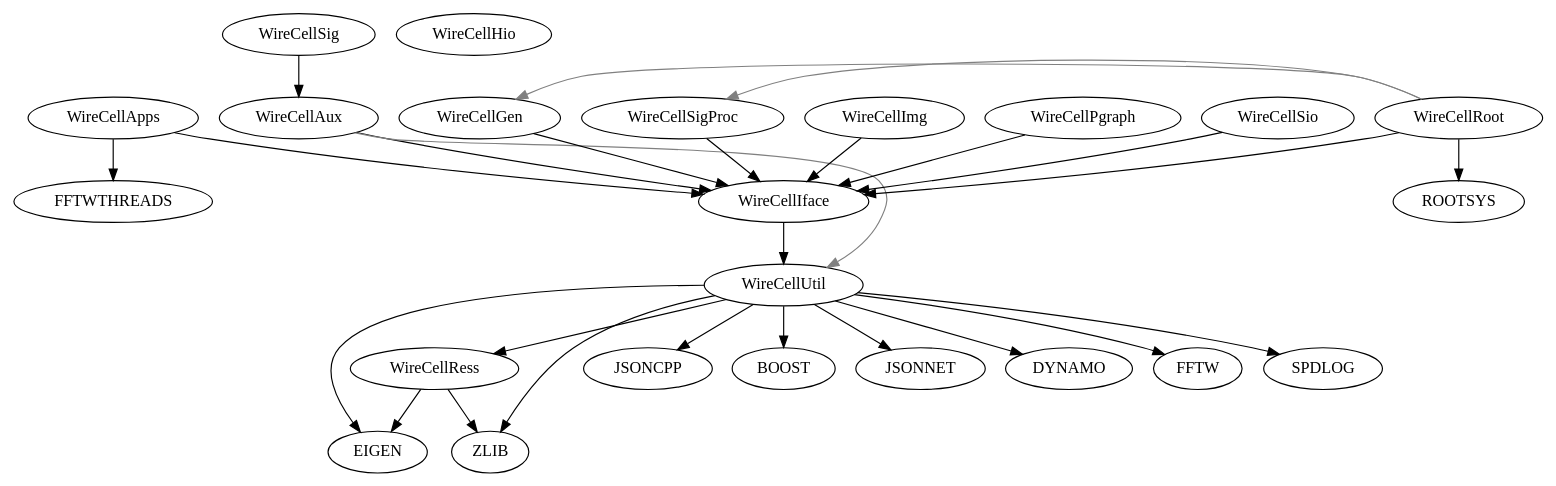
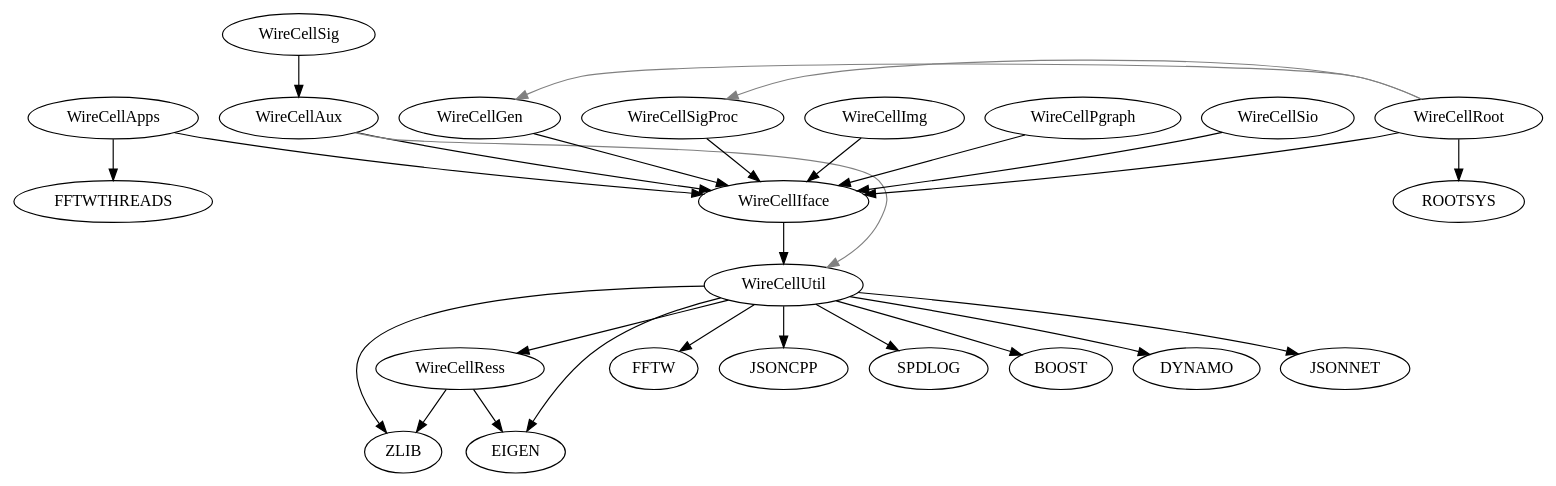
Before and after one commit to zhihuadong/wire-cell-toolkit: the diagram in wct-deps.dot, drawn with Graphviz. The commit also changed 3 other files, not shown here.

```diff
--- a/wct-deps.dot
+++ b/wct-deps.dot
@@ -1,40 +1,40 @@
 digraph deps {
 	"WireCellApps";
 	"WireCellAux";
 	"WireCellGen";
 	"WireCellIface";
 	"WireCellImg";
 	"WireCellPgraph";
 	"WireCellRess";
 	"WireCellRoot";
-	"WireCellGen";
 	"WireCellSig";
-	"WireCellHio";
+	"WireCellSigProc";
+	"WireCellSio";
 	"WireCellUtil";
-	"WireCellSig" -> "WireCellAux"[color="black"];
+	"WireCellApps" -> "WireCellIface"[color="black"];
 	"WireCellApps" -> "FFTWTHREADS"[color="black"];
-	"WireCellApps" -> "WireCellIface"[color="black"];
 	"WireCellAux" -> "WireCellIface"[color="black"];
 	"WireCellAux" -> "WireCellUtil"[color="gray",constraint=false];
 	"WireCellGen" -> "WireCellIface"[color="black"];
 	"WireCellIface" -> "WireCellUtil"[color="black"];
 	"WireCellImg" -> "WireCellIface"[color="black"];
 	"WireCellPgraph" -> "WireCellIface"[color="black"];
+	"WireCellRess" -> "ZLIB"[color="black"];
 	"WireCellRess" -> "EIGEN"[color="black"];
-	"WireCellRess" -> "ZLIB"[color="black"];
+	"WireCellRoot" -> "WireCellIface"[color="black"];
 	"WireCellRoot" -> "ROOTSYS"[color="black"];
-	"WireCellRoot" -> "WireCellIface"[color="black"];
+	"WireCellRoot" -> "WireCellSigProc"[color="gray",constraint=false];
 	"WireCellRoot" -> "WireCellGen"[color="gray",constraint=false];
-	"WireCellRoot" -> "WireCellSigProc"[color="gray",constraint=false];
+	"WireCellSig" -> "WireCellAux"[color="black"];
 	"WireCellSigProc" -> "WireCellIface"[color="black"];
 	"WireCellSio" -> "WireCellIface"[color="black"];
+	"WireCellUtil" -> "FFTW"[color="black"];
+	"WireCellUtil" -> "JSONCPP"[color="black"];
+	"WireCellUtil" -> "SPDLOG"[color="black"];
+	"WireCellUtil" -> "ZLIB"[color="black"];
+	"WireCellUtil" -> "BOOST"[color="black"];
+	"WireCellUtil" -> "DYNAMO"[color="black"];
+	"WireCellUtil" -> "WireCellRess"[color="black"];
+	"WireCellUtil" -> "JSONNET"[color="black"];
 	"WireCellUtil" -> "EIGEN"[color="black"];
-	"WireCellUtil" -> "JSONCPP"[color="black"];
-	"WireCellUtil" -> "WireCellRess"[color="black"];
-	"WireCellUtil" -> "BOOST"[color="black"];
-	"WireCellUtil" -> "JSONNET"[color="black"];
-	"WireCellUtil" -> "DYNAMO"[color="black"];
-	"WireCellUtil" -> "ZLIB"[color="black"];
-	"WireCellUtil" -> "FFTW"[color="black"];
-	"WireCellUtil" -> "SPDLOG"[color="black"];
 }
```
